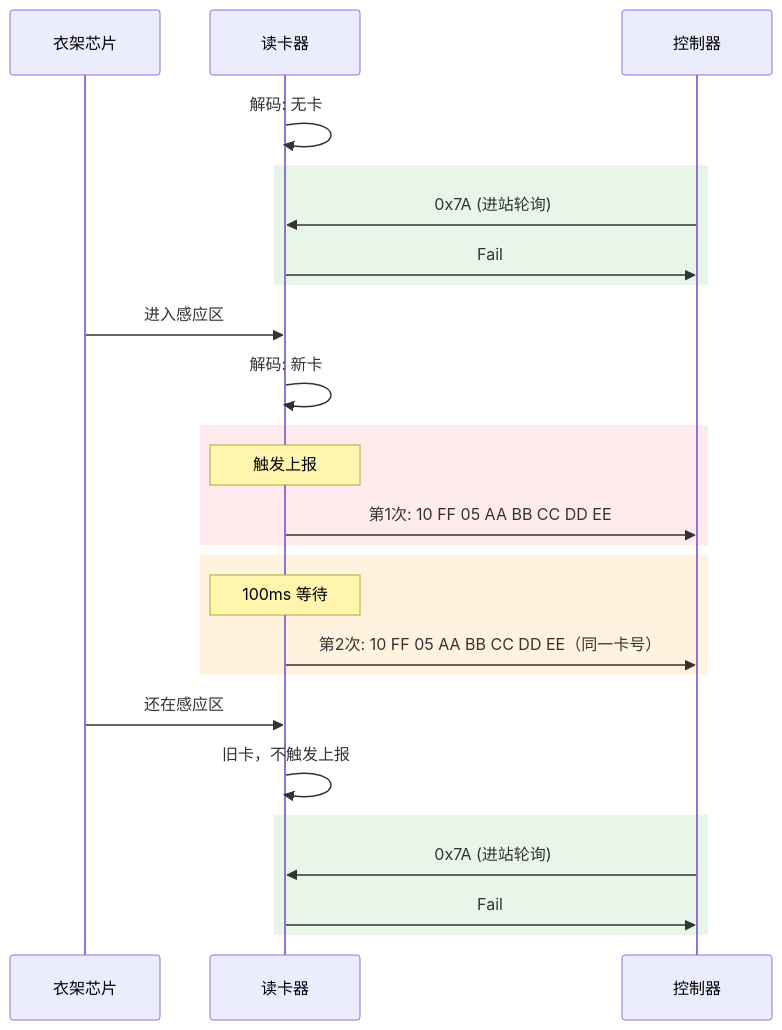
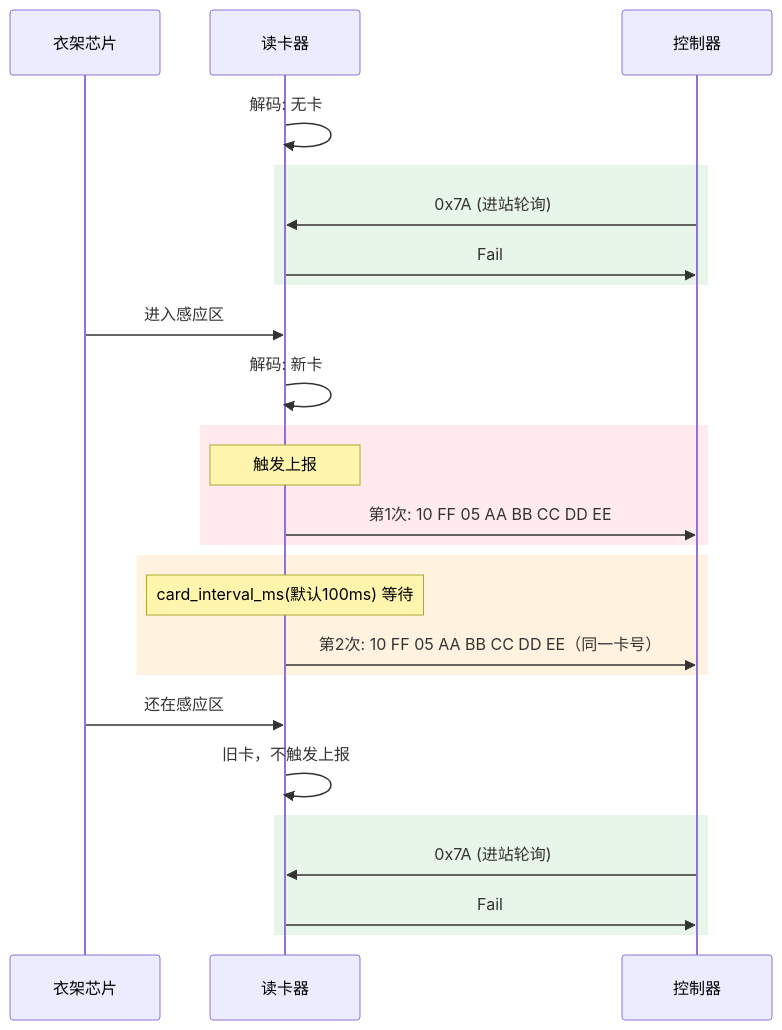
One commit to Siaiai/ObsidianNote changed the second of 8 diagrams in 工作/[[SR3读卡器]]/260804SR3框架整理.md. Above: the diagram before and after it, drawn with Mermaid. The commit also changed other lines of this file and 3 other files, not shown here.

````diff
--- a/工作/[[SR3读卡器]]/260804SR3框架整理.md
+++ b/工作/[[SR3读卡器]]/260804SR3框架整理.md
@@ -189,34 +186,34 @@
 ```mermaid
 sequenceDiagram
     participant 衣架芯片
     participant 读卡器
     participant 控制器
 
     读卡器->>读卡器: 解码: 无卡
 
     rect rgb(232, 245, 233)
         控制器->>读卡器: 0x7A (进站轮询)
         读卡器->>控制器: Fail
     end
 
     衣架芯片->>读卡器: 进入感应区
     读卡器->>读卡器: 解码: 新卡
 
     rect rgb(255, 235, 238)
         Note over 读卡器: 触发上报
         读卡器->>控制器: 第1次: 10 FF 05 AA BB CC DD EE
     end
 
     rect rgb(255, 243, 224)
-        Note over 读卡器: 100ms 等待
+        Note over 读卡器: card_interval_ms(默认100ms) 等待
         读卡器->>控制器: 第2次: 10 FF 05 AA BB CC DD EE（同一卡号）
     end
 
     衣架芯片->>读卡器: 还在感应区
     读卡器->>读卡器: 旧卡，不触发上报
 
     rect rgb(232, 245, 233)
         控制器->>读卡器: 0x7A (进站轮询)
         读卡器->>控制器: Fail
     end
 ```
````
